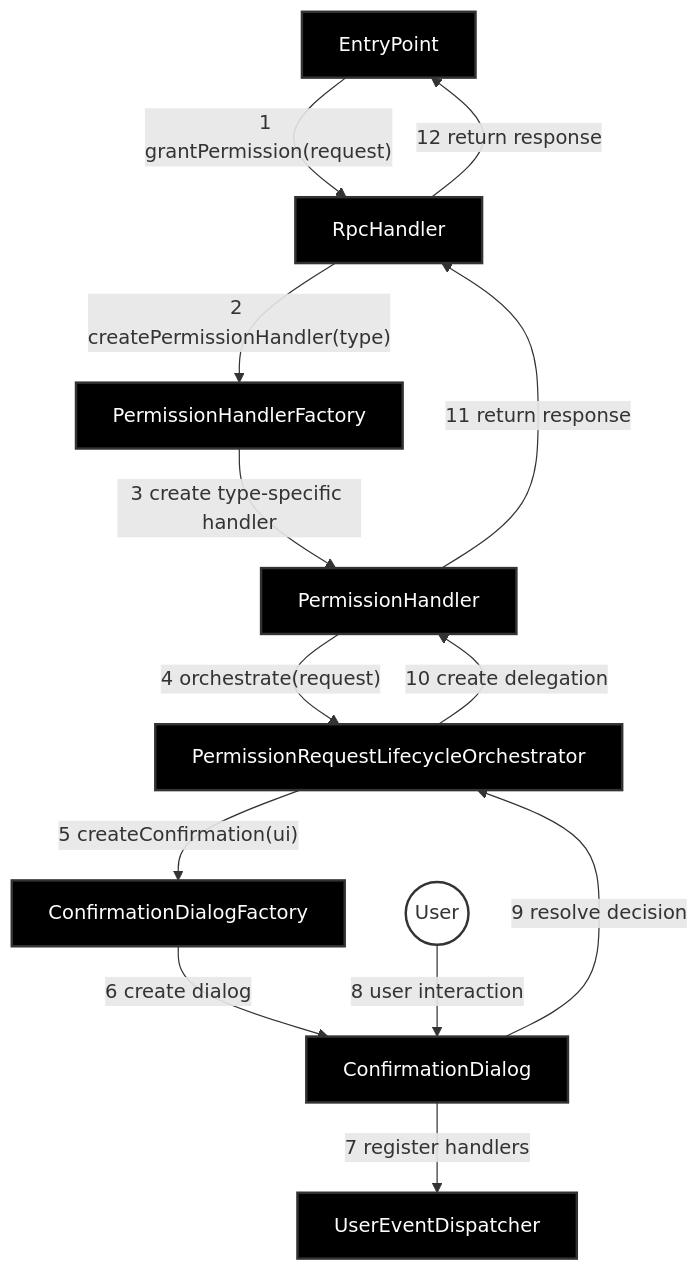
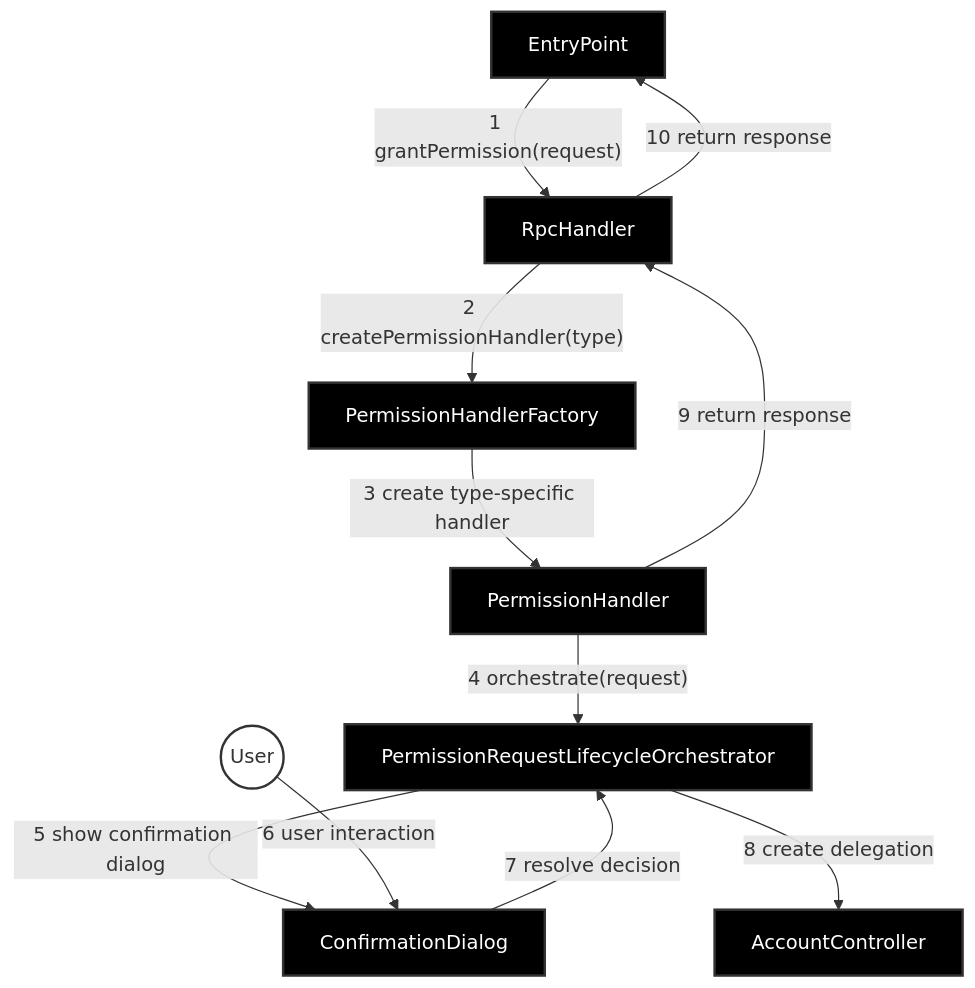
Before and after one commit to MetaMask/snap-7715-permissions: the first of 2 diagrams in packages/gator-permissions-snap/docs/architecture.md, drawn with Mermaid. The commit also changed other lines of this file, not shown here.

Commit message:
Update architecture doc to reflect updated architecture

````diff
--- a/packages/gator-permissions-snap/docs/architecture.md
+++ b/packages/gator-permissions-snap/docs/architecture.md
@@ -62,32 +123,29 @@
 ```mermaid
 graph TD
     EntryPoint[EntryPoint]
     RpcHandler[RpcHandler]
     PermissionHandlerFactory[PermissionHandlerFactory]
     PermissionHandler[PermissionHandler]
     PermissionRequestLifecycleOrchestrator[PermissionRequestLifecycleOrchestrator]
-    ConfirmationDialogFactory[ConfirmationDialogFactory]
     ConfirmationDialog[ConfirmationDialog]
-    UserEventDispatcher[UserEventDispatcher]
+    AccountController[AccountController]
     User((User))
 
     %% Request Flow
     EntryPoint -->|"1 grantPermission(request)"| RpcHandler
     RpcHandler -->|"2 createPermissionHandler(type)"| PermissionHandlerFactory
     PermissionHandlerFactory -->|"3 create type-specific handler"| PermissionHandler
     PermissionHandler -->|"4 orchestrate(request)"| PermissionRequestLifecycleOrchestrator
-    PermissionRequestLifecycleOrchestrator -->|"5 createConfirmation(ui)"| ConfirmationDialogFactory
-    ConfirmationDialogFactory -->|"6 create dialog"| ConfirmationDialog
-    ConfirmationDialog -->|"7 register handlers"| UserEventDispatcher
-    User -->|"8 user interaction"| ConfirmationDialog
-    ConfirmationDialog -->|"9 resolve decision"| PermissionRequestLifecycleOrchestrator
-    PermissionRequestLifecycleOrchestrator -->|"10 create delegation"| PermissionHandler
-    PermissionHandler -->|"11 return response"| RpcHandler
-    RpcHandler -->|"12 return response"| EntryPoint
+    PermissionRequestLifecycleOrchestrator -->|"5 show confirmation dialog"| ConfirmationDialog
+    User -->|"6 user interaction"| ConfirmationDialog
+    ConfirmationDialog -->|"7 resolve decision"| PermissionRequestLifecycleOrchestrator
+    PermissionRequestLifecycleOrchestrator -->|"8 create delegation"| AccountController
+    PermissionHandler -->|"9 return response"| RpcHandler
+    RpcHandler -->|"10 return response"| EntryPoint
 
     %% Style
     classDef component fill:#000,stroke:#333,stroke-width:2px,color:#fff;
     classDef user fill:#fff,stroke:#333,stroke-width:2px;
-    class EntryPoint,RpcHandler,PermissionHandlerFactory,PermissionHandler,PermissionRequestLifecycleOrchestrator,ConfirmationDialogFactory,ConfirmationDialog,UserEventDispatcher component;
+    class EntryPoint,RpcHandler,PermissionHandlerFactory,PermissionHandler,PermissionRequestLifecycleOrchestrator,ConfirmationDialog,AccountController component;
     class User user;
 ```
````
